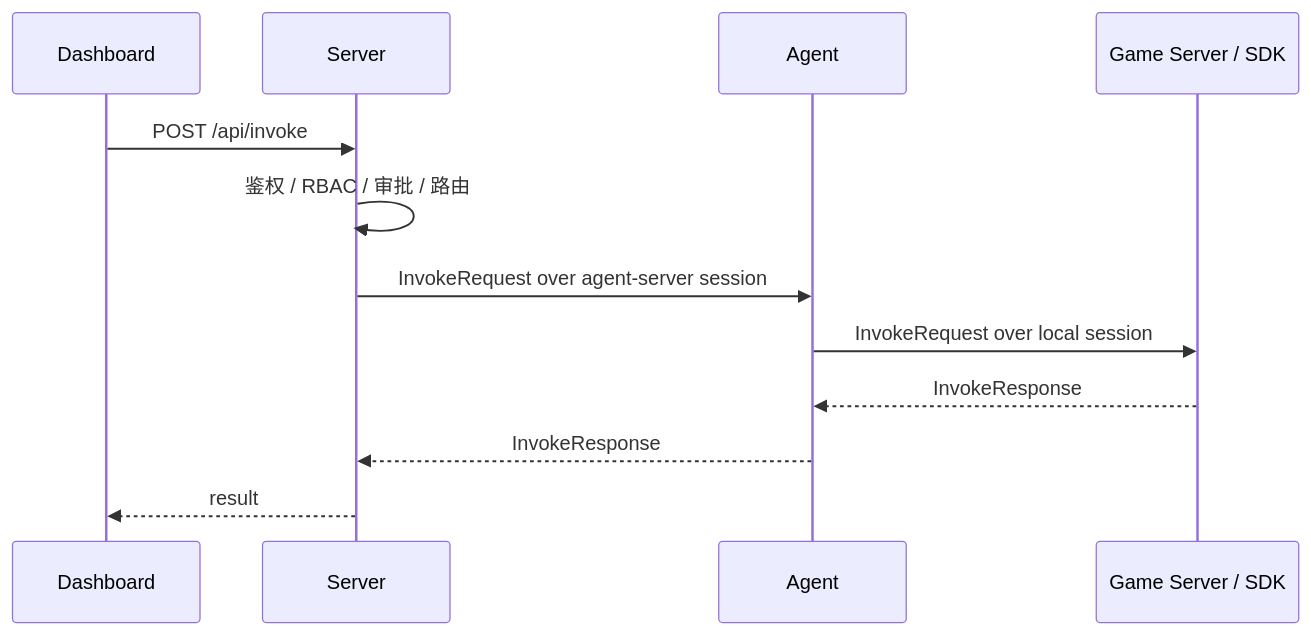
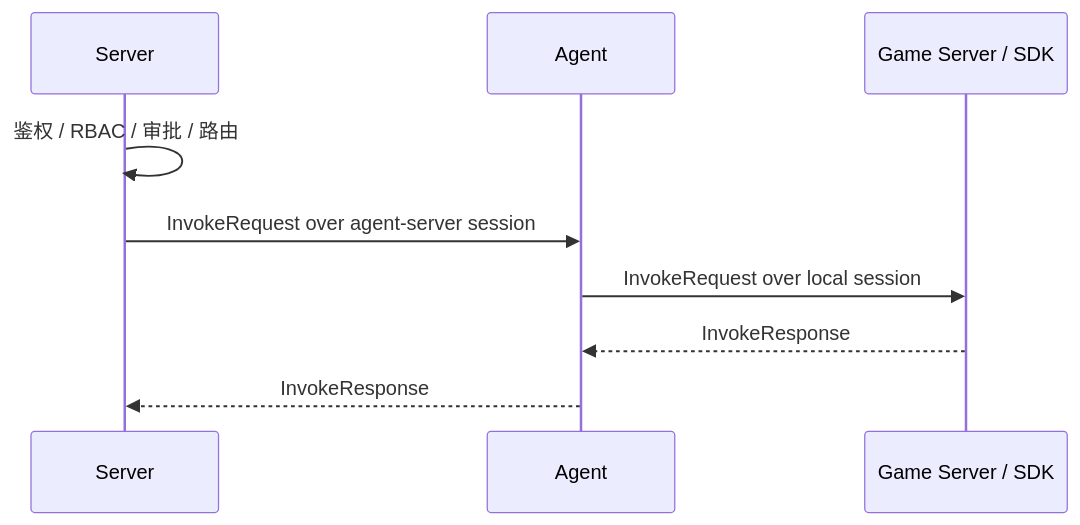
The second of 5 diagrams in docs/architecture/data-flow.md (cuihairu/croupier), drawn with Mermaid before and after one commit. The commit also changed other lines of this file and 21 other files, not shown here.

````diff
--- a/docs/architecture/data-flow.md
+++ b/docs/architecture/data-flow.md
@@ -21,15 +50,12 @@
 ```mermaid
 sequenceDiagram
-    participant UI as Dashboard
     participant Server as Server
     participant Agent as Agent
     participant App as Game Server / SDK
 
-    UI->>Server: POST /api/invoke
     Server->>Server: 鉴权 / RBAC / 审批 / 路由
     Server->>Agent: InvokeRequest over agent-server session
     Agent->>App: InvokeRequest over local session
     App-->>Agent: InvokeResponse
     Agent-->>Server: InvokeResponse
-    Server-->>UI: result
 ```
````
